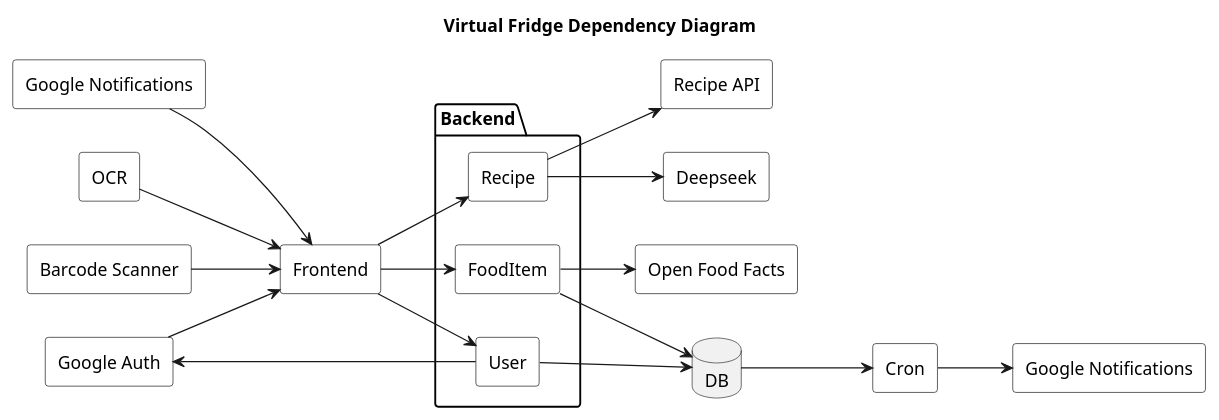
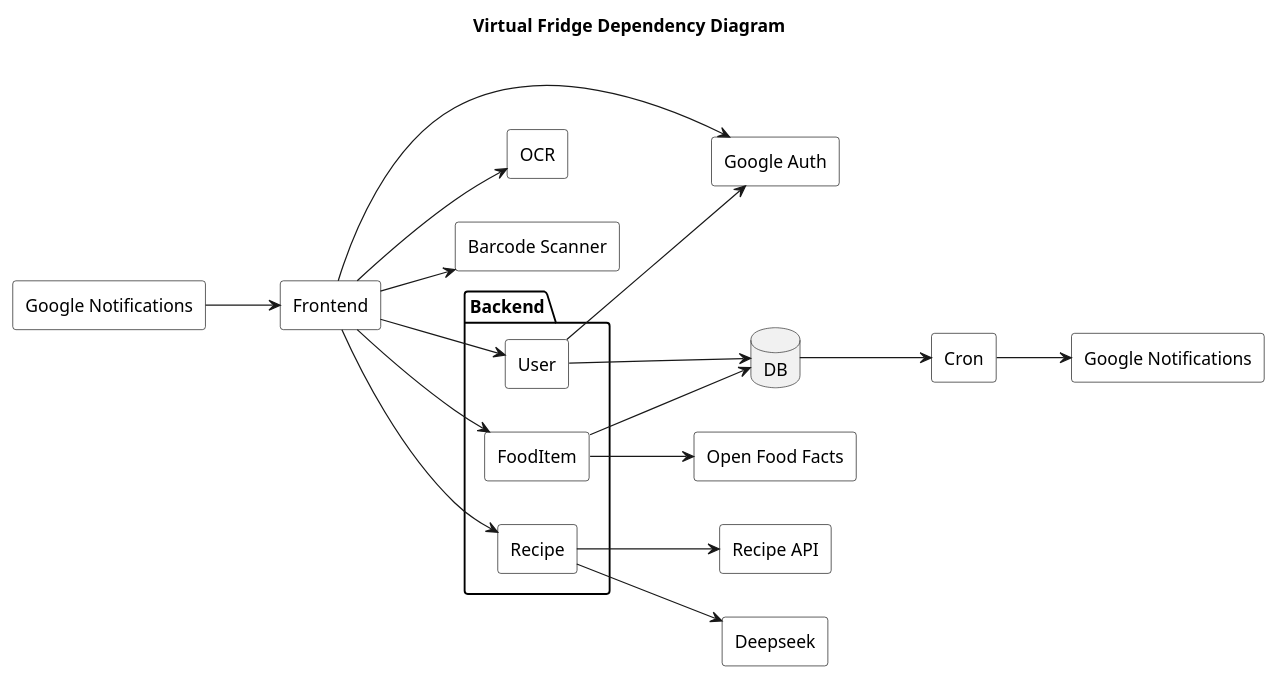
One commit to virtualfridge/virtualfridge changed the diagram in documentation/diagrams/45.plantuml. Above: the diagram before and after it, drawn with PlantUML.

Commit message:
Switch dependency diagram direction

```diff
--- a/documentation/diagrams/45.plantuml
+++ b/documentation/diagrams/45.plantuml
@@ -1,51 +1,51 @@
 @startuml
 title Virtual Fridge Dependency Diagram
 left to right direction
 
 skinparam rectangle {
   BackgroundColor White
   BorderColor Black
 }
 
 ' External modules
 rectangle "Google Notifications" as gnoti
 rectangle "Google Notifications" as gnoti2
 rectangle "Google Auth" as gauth
 rectangle "OCR" as ocr
 rectangle "Barcode Scanner" as bscan
 rectangle "Open Food Facts" as off
 rectangle "Recipe API" as rapi
 rectangle "Deepseek" as dseek
 
 ' Frontend and backend
 rectangle "Frontend" as fe
 package "Backend" {
   rectangle "User" as user
   rectangle "FoodItem" as food
   rectangle "Recipe" as recipe
 }
 database "DB" as db
 rectangle "Cron" as cron
 
 ' Dependencies (left to right)
-ocr --> fe
-bscan --> fe
-gauth --> fe
+fe --> ocr
+fe --> bscan
+fe --> gauth
 
 fe --> user
 fe --> food
 fe --> recipe
 
 user --> db
 food --> db
 
 user --> gauth
 food --> off
 recipe --> rapi
 recipe --> dseek
 
 db --> cron
 cron --> gnoti
 gnoti2 --> fe
 
 @enduml
```
